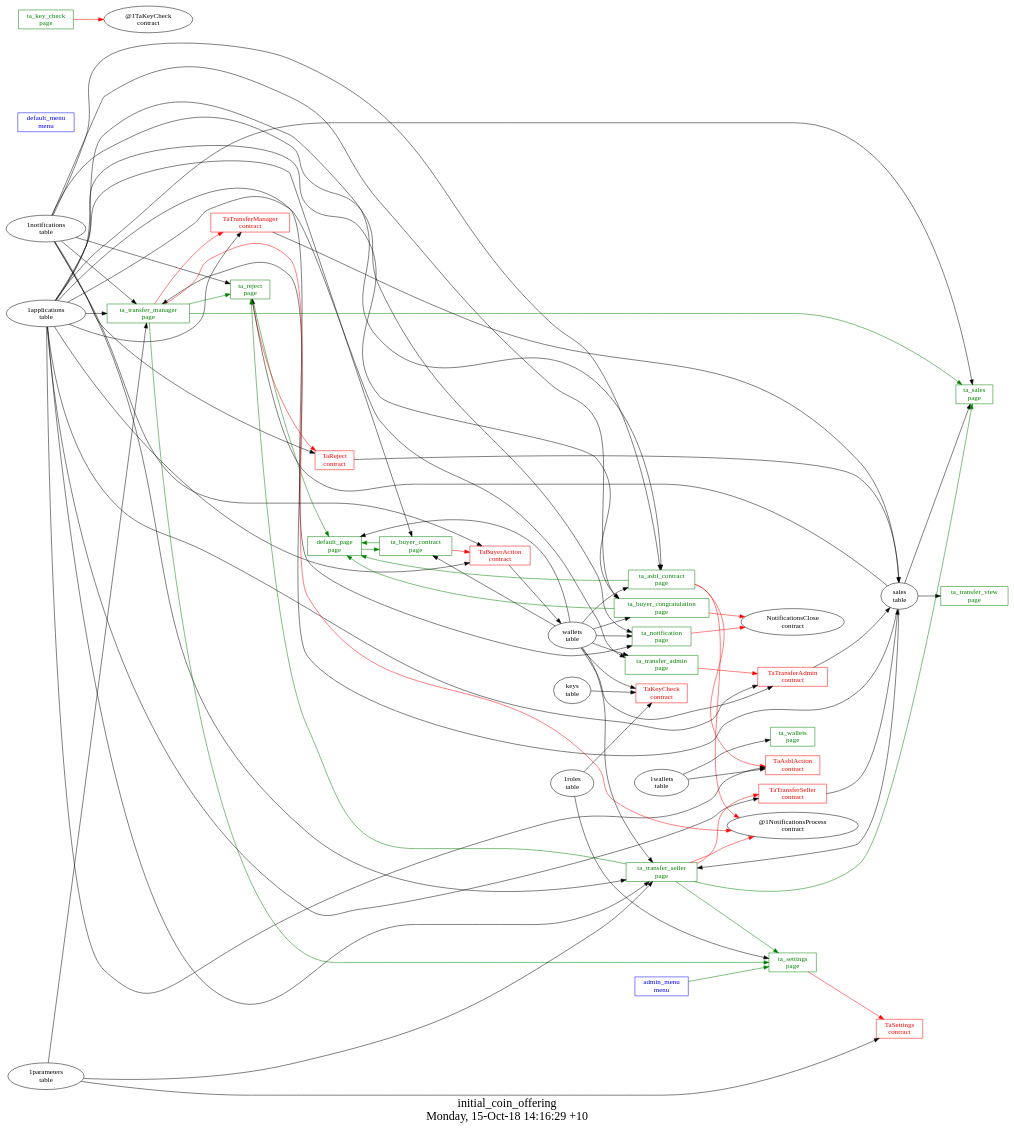
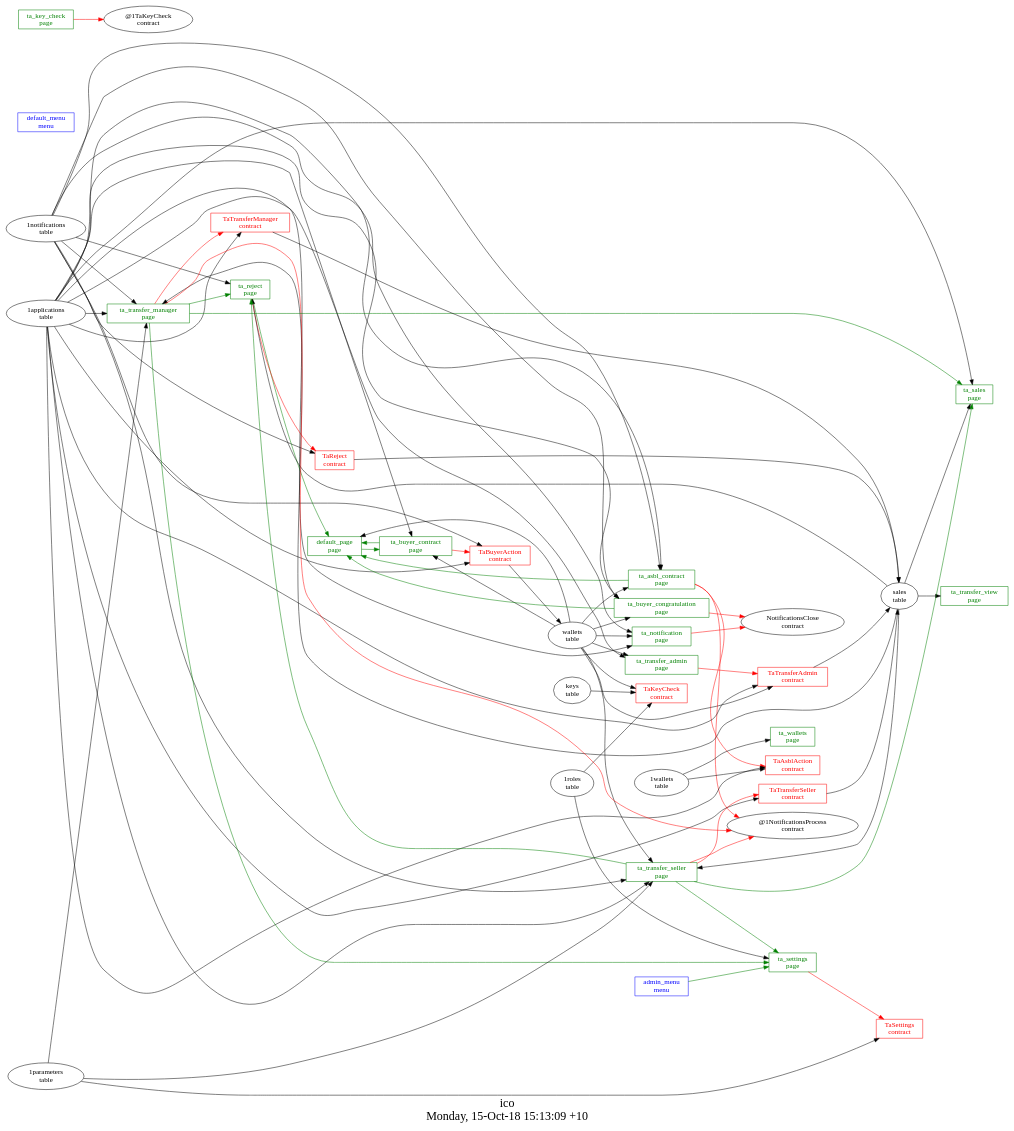
Before and after one commit to AplaProject/apps: the diagram in other/ico/struct.dot, drawn with Graphviz. The commit also changed 12 other files, not shown here.

```diff
--- a/other/ico/struct.dot
+++ b/other/ico/struct.dot
@@ -1,107 +1,107 @@
 digraph G {
 fontsize="24";
-label="initial_coin_offering\nMonday, 15-Oct-18 14:16:29 +10";
+label="ico\nMonday, 15-Oct-18 15:13:09 +10";
 nojustify=true;
 ordering=out;
 rankdir=LR;
 size="30";
 "admin_menu\nmenu" -> "ta_settings\npage"  [ color=green ]
 "admin_menu\nmenu" [color=blue, fontcolor=blue, group=menus, shape=record];
 "default_menu\nmenu" [color=blue, fontcolor=blue, group=menus, shape=record];
 "wallets\ntable" -> "default_page\npage"
 "default_page\npage" -> "ta_buyer_contract\npage"  [ color=green ]
 "default_page\npage" [color=green, fontcolor=green, group=pages, shape=record];
 "ta_asbl_contract\npage" -> "TaAsblAction\ncontract"  [ color=red ]
 "ta_asbl_contract\npage" -> "@1NotificationsProcess\ncontract"  [ color=red ]
 "1applications\ntable" -> "ta_asbl_contract\npage"
 "1notifications\ntable" -> "ta_asbl_contract\npage"
 "wallets\ntable" -> "ta_asbl_contract\npage"
 "ta_asbl_contract\npage" -> "default_page\npage"  [ color=green ]
 "ta_asbl_contract\npage" [color=green, fontcolor=green, group=pages, shape=record];
 "ta_buyer_congratulation\npage" -> "NotificationsClose\ncontract"  [ color=red ]
 "1applications\ntable" -> "ta_buyer_congratulation\npage"
 "1notifications\ntable" -> "ta_buyer_congratulation\npage"
 "wallets\ntable" -> "ta_buyer_congratulation\npage"
 "ta_buyer_congratulation\npage" -> "default_page\npage"  [ color=green ]
 "ta_buyer_congratulation\npage" [color=green, fontcolor=green, group=pages, shape=record];
 "ta_buyer_contract\npage" -> "TaBuyerAction\ncontract"  [ color=red ]
 "1applications\ntable" -> "ta_buyer_contract\npage"
 "wallets\ntable" -> "ta_buyer_contract\npage"
 "ta_buyer_contract\npage" -> "default_page\npage"  [ color=green ]
 "ta_buyer_contract\npage" [color=green, fontcolor=green, group=pages, shape=record];
 "ta_key_check\npage" -> "@1TaKeyCheck\ncontract"  [ color=red ]
 "ta_key_check\npage" [color=green, fontcolor=green, group=pages, shape=record];
 "ta_notification\npage" -> "NotificationsClose\ncontract"  [ color=red ]
 "1applications\ntable" -> "ta_notification\npage"
 "1notifications\ntable" -> "ta_notification\npage"
 "wallets\ntable" -> "ta_notification\npage"
 "ta_notification\npage" [color=green, fontcolor=green, group=pages, shape=record];
 "ta_reject\npage" -> "TaReject\ncontract"  [ color=red ]
 "1notifications\ntable" -> "ta_reject\npage"
 "sales\ntable" -> "ta_reject\npage"
 "ta_reject\npage" -> "default_page\npage"  [ color=green ]
 "ta_reject\npage" [color=green, fontcolor=green, group=pages, shape=record];
 "1applications\ntable" -> "ta_sales\npage"
 "sales\ntable" -> "ta_sales\npage"
 "ta_sales\npage" [color=green, fontcolor=green, group=pages, shape=record];
 "ta_settings\npage" -> "TaSettings\ncontract"  [ color=red ]
 "1roles\ntable" -> "ta_settings\npage"
 "ta_settings\npage" [color=green, fontcolor=green, group=pages, shape=record];
 "ta_transfer_admin\npage" -> "TaTransferAdmin\ncontract"  [ color=red ]
 "1applications\ntable" -> "ta_transfer_admin\npage"
 "wallets\ntable" -> "ta_transfer_admin\npage"
 "ta_transfer_admin\npage" [color=green, fontcolor=green, group=pages, shape=record];
 "ta_transfer_manager\npage" -> "TaTransferManager\ncontract"  [ color=red ]
 "ta_transfer_manager\npage" -> "@1NotificationsProcess\ncontract"  [ color=red ]
 "1applications\ntable" -> "ta_transfer_manager\npage"
 "1notifications\ntable" -> "ta_transfer_manager\npage"
 "sales\ntable" -> "ta_transfer_manager\npage"
 "1parameters\ntable" -> "ta_transfer_manager\npage"
 "ta_transfer_manager\npage" -> "ta_reject\npage"  [ color=green ]
 "ta_transfer_manager\npage" -> "ta_sales\npage"  [ color=green ]
 "ta_transfer_manager\npage" -> "ta_settings\npage"  [ color=green ]
 "ta_transfer_manager\npage" [color=green, fontcolor=green, group=pages, shape=record];
 "ta_transfer_seller\npage" -> "TaTransferSeller\ncontract"  [ color=red ]
 "ta_transfer_seller\npage" -> "@1NotificationsProcess\ncontract"  [ color=red ]
 "1applications\ntable" -> "ta_transfer_seller\npage"
 "1notifications\ntable" -> "ta_transfer_seller\npage"
 "sales\ntable" -> "ta_transfer_seller\npage"
 "wallets\ntable" -> "ta_transfer_seller\npage"
 "1parameters\ntable" -> "ta_transfer_seller\npage"
 "ta_transfer_seller\npage" -> "ta_reject\npage"  [ color=green ]
 "ta_transfer_seller\npage" -> "ta_sales\npage"  [ color=green ]
 "ta_transfer_seller\npage" -> "ta_settings\npage"  [ color=green ]
 "ta_transfer_seller\npage" [color=green, fontcolor=green, group=pages, shape=record];
 "sales\ntable" -> "ta_transfer_view\npage"
 "ta_transfer_view\npage" [color=green, fontcolor=green, group=pages, shape=record];
 "1wallets\ntable" -> "ta_wallets\npage"
 "ta_wallets\npage" [color=green, fontcolor=green, group=pages, shape=record];
 "1applications\ntable" -> "TaAsblAction\ncontract"
 "1wallets\ntable" -> "TaAsblAction\ncontract"
 "TaAsblAction\ncontract" [color=red, fontcolor=red, group=contracts, shape=record];
 "TaBuyerAction\ncontract" -> "wallets\ntable"  [ color="" ]
 "1applications\ntable" -> "TaBuyerAction\ncontract"
 "1notifications\ntable" -> "TaBuyerAction\ncontract"
 "TaBuyerAction\ncontract" [color=red, fontcolor=red, group=contracts, shape=record];
 "wallets\ntable" -> "TaKeyCheck\ncontract"
 "keys\ntable" -> "TaKeyCheck\ncontract"
 "1roles\ntable" -> "TaKeyCheck\ncontract"
 "TaKeyCheck\ncontract" [color=red, fontcolor=red, group=contracts, shape=record];
 "TaReject\ncontract" -> "sales\ntable"  [ color="" ]
 "1notifications\ntable" -> "TaReject\ncontract"
 "TaReject\ncontract" [color=red, fontcolor=red, group=contracts, shape=record];
 "1parameters\ntable" -> "TaSettings\ncontract"
 "TaSettings\ncontract" [color=red, fontcolor=red, group=contracts, shape=record];
 "TaTransferAdmin\ncontract" -> "sales\ntable"  [ color="" ]
 "1applications\ntable" -> "TaTransferAdmin\ncontract"
 "wallets\ntable" -> "TaTransferAdmin\ncontract"
 "TaTransferAdmin\ncontract" [color=red, fontcolor=red, group=contracts, shape=record];
 "TaTransferManager\ncontract" -> "sales\ntable"  [ color="" ]
 "1applications\ntable" -> "TaTransferManager\ncontract"
 "TaTransferManager\ncontract" [color=red, fontcolor=red, group=contracts, shape=record];
 "TaTransferSeller\ncontract" -> "sales\ntable"  [ color="" ]
 "1applications\ntable" -> "TaTransferSeller\ncontract"
 "TaTransferSeller\ncontract" [color=red, fontcolor=red, group=contracts, shape=record];
 "sales\ntable" [color="", fontcolor="", group=tables, shape=""];
 "wallets\ntable" [color="", fontcolor="", group=tables, shape=""];
 }
```
